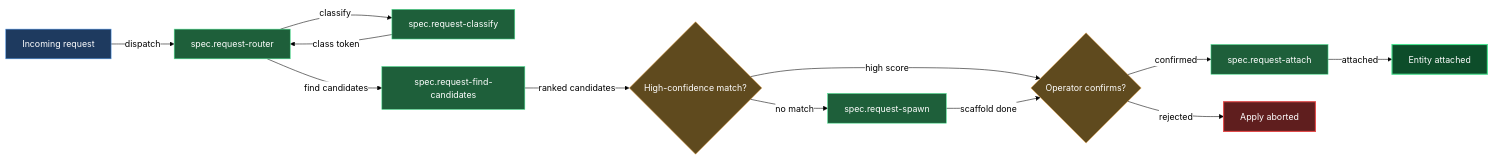
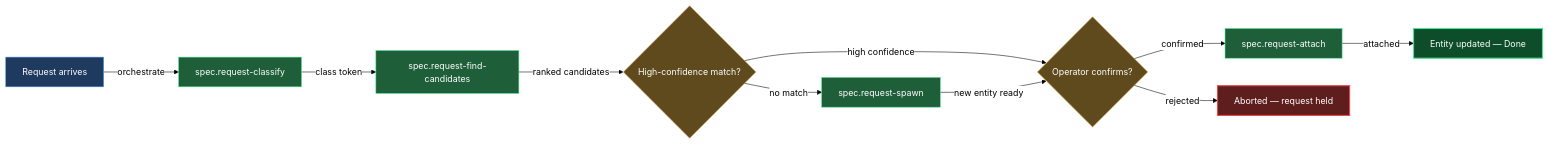
Before and after one commit to mebius-san/lazy-cortex: the diagram in claude/lazycortex-specs/help/requests.md, drawn with Mermaid. The commit also changed other lines of this file and 52 other files, not shown here.

````diff
--- a/claude/lazycortex-specs/help/requests.md
+++ b/claude/lazycortex-specs/help/requests.md
@@ -56,43 +67,39 @@
 ```mermaid
 %%{init: {'themeVariables':{'background':'transparent','lineColor':'#000','textColor':'#000','edgeLabelBackground':'#fff'},'themeCSS':'.edgeLabel{background-color:transparent!important}.edgeLabel p{background-color:transparent!important}','flowchart':{'diagramPadding':5,'useMaxWidth':true}}}%%
 flowchart LR
-  incomingRequest[Incoming request]
-  requestRouter[spec.request-router]
-  requestClassify[spec.request-classify]
-  requestFindCandidates[spec.request-find-candidates]
-  confidenceCheck{High-confidence match?}
+  requestArrives[Request arrives]
+  classifyRequest[spec.request-classify]
+  findCandidates[spec.request-find-candidates]
+  scoreCheck{High-confidence match?}
   operatorConfirm{Operator confirms?}
-  requestSpawn[spec.request-spawn]
-  requestAttach[spec.request-attach]
-  attachDone[Entity attached]
-  spawnAborted[Apply aborted]
+  spawnEntity[spec.request-spawn]
+  attachEntity[spec.request-attach]
+  aborted[Aborted — request held]
+  done[Entity updated — Done]
 
-  incomingRequest -->|dispatch| requestRouter
-  requestRouter -->|classify| requestClassify
-  requestClassify -->|class token| requestRouter
-  requestRouter -->|find candidates| requestFindCandidates
-  requestFindCandidates -->|ranked candidates| confidenceCheck
-  confidenceCheck -->|high score| operatorConfirm
-  confidenceCheck -->|no match| requestSpawn
-  requestSpawn -->|scaffold done| operatorConfirm
-  operatorConfirm -->|confirmed| requestAttach
-  operatorConfirm -->|rejected| spawnAborted
-  requestAttach -->|attached| attachDone
+  requestArrives -->|orchestrate| classifyRequest
+  classifyRequest -->|class token| findCandidates
+  findCandidates -->|ranked candidates| scoreCheck
+  scoreCheck -->|no match| spawnEntity
+  scoreCheck -->|high confidence| operatorConfirm
+  spawnEntity -->|new entity ready| operatorConfirm
+  operatorConfirm -->|confirmed| attachEntity
+  operatorConfirm -->|rejected| aborted
+  attachEntity -->|attached| done
 
   classDef entry fill:#1e3a5f,stroke:#4a90e2,color:#fff
   classDef action fill:#1e5f3a,stroke:#4ae290,color:#fff
   classDef guard fill:#5f4a1e,stroke:#e2a14a,color:#fff
   classDef success fill:#0d4d2a,stroke:#4ae290,color:#fff,stroke-width:2px
   classDef error fill:#5f1e1e,stroke:#e24a4a,color:#fff,stroke-width:2px
 
-  class incomingRequest entry
-  class requestRouter action
-  class requestClassify action
-  class requestFindCandidates action
-  class confidenceCheck guard
+  class requestArrives entry
+  class classifyRequest action
+  class findCandidates action
+  class scoreCheck guard
   class operatorConfirm guard
-  class requestSpawn action
-  class requestAttach action
-  class attachDone success
-  class spawnAborted error
+  class spawnEntity action
+  class attachEntity action
+  class done success
+  class aborted error
 ```
````
